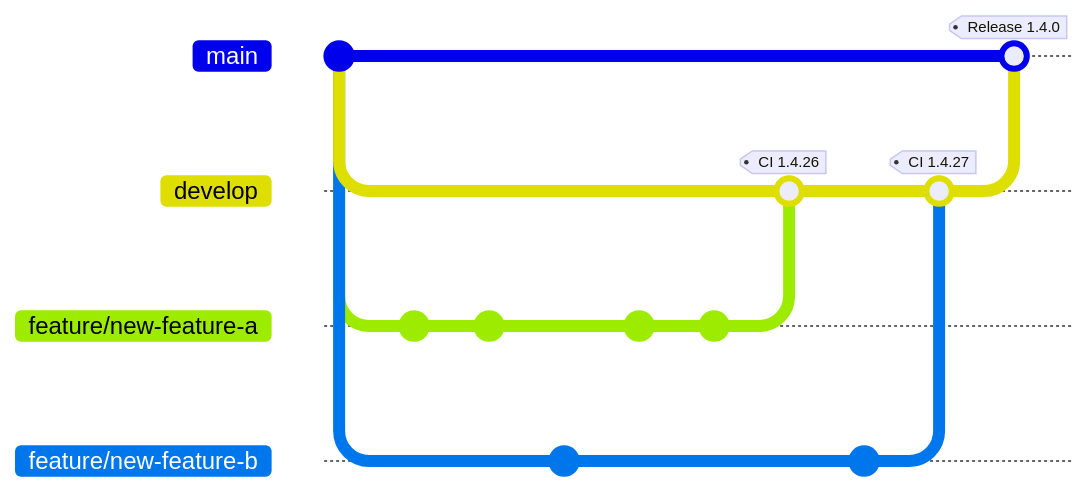
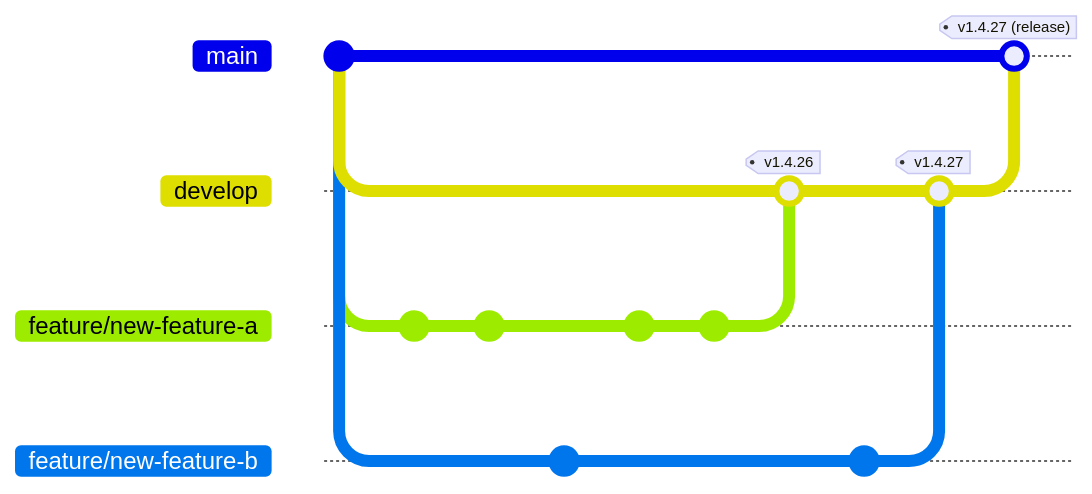
The diagram in docs/alm/source-control.md (DIGITALLNature/DIGITALLNature.github.io), drawn with Mermaid before and after one commit. The commit also changed 21 other files, not shown here. Commit ids are hidden.

````diff
--- a/docs/alm/source-control.md
+++ b/docs/alm/source-control.md
@@ -49,25 +49,25 @@
 ```mermaid
 gitGraph
     commit id: "Init"
     branch develop
     checkout develop
     branch feature/new-feature-a
     checkout feature/new-feature-a
     commit
     commit
     checkout develop
     branch feature/new-feature-b
     checkout feature/new-feature-b
     commit
     checkout feature/new-feature-a
     commit
     commit
     checkout develop
-    merge feature/new-feature-a tag: "CI 1.4.26"
+    merge feature/new-feature-a tag: "v1.4.26"
     checkout feature/new-feature-b
     commit
     checkout develop
-    merge feature/new-feature-b tag: "CI 1.4.27"
+    merge feature/new-feature-b tag: "v1.4.27"
     checkout main
-    merge develop tag: "Release 1.4.0"
+    merge develop tag: "v1.4.27 (release)"
 ```
````
